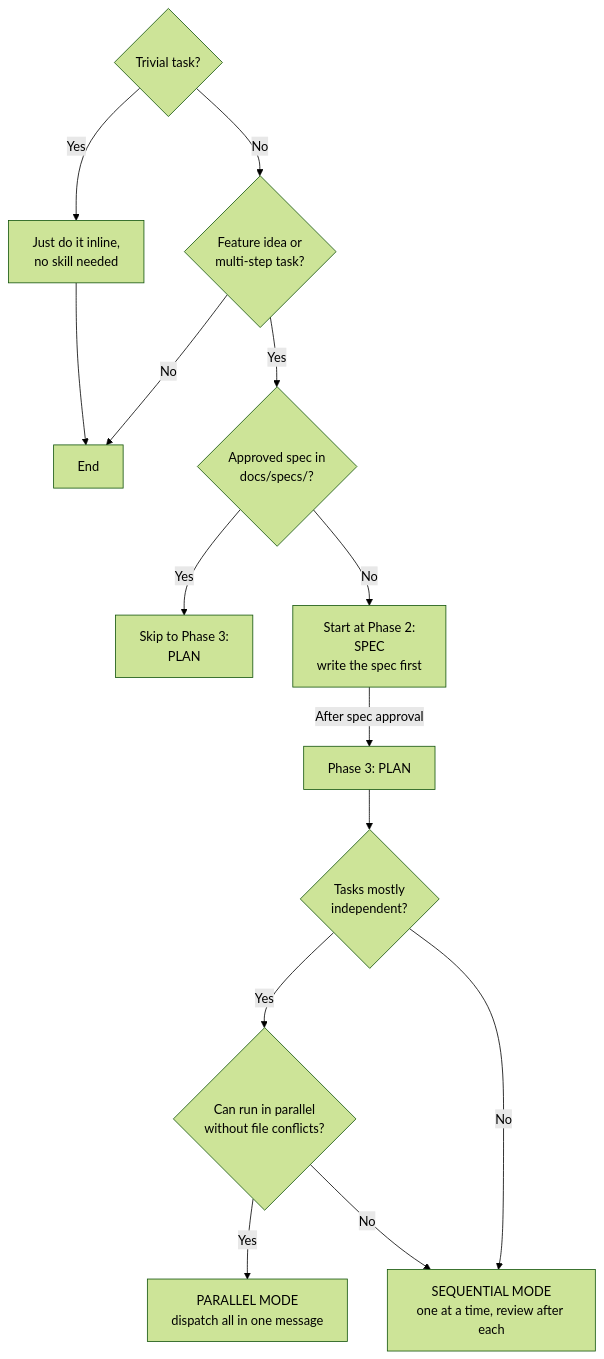
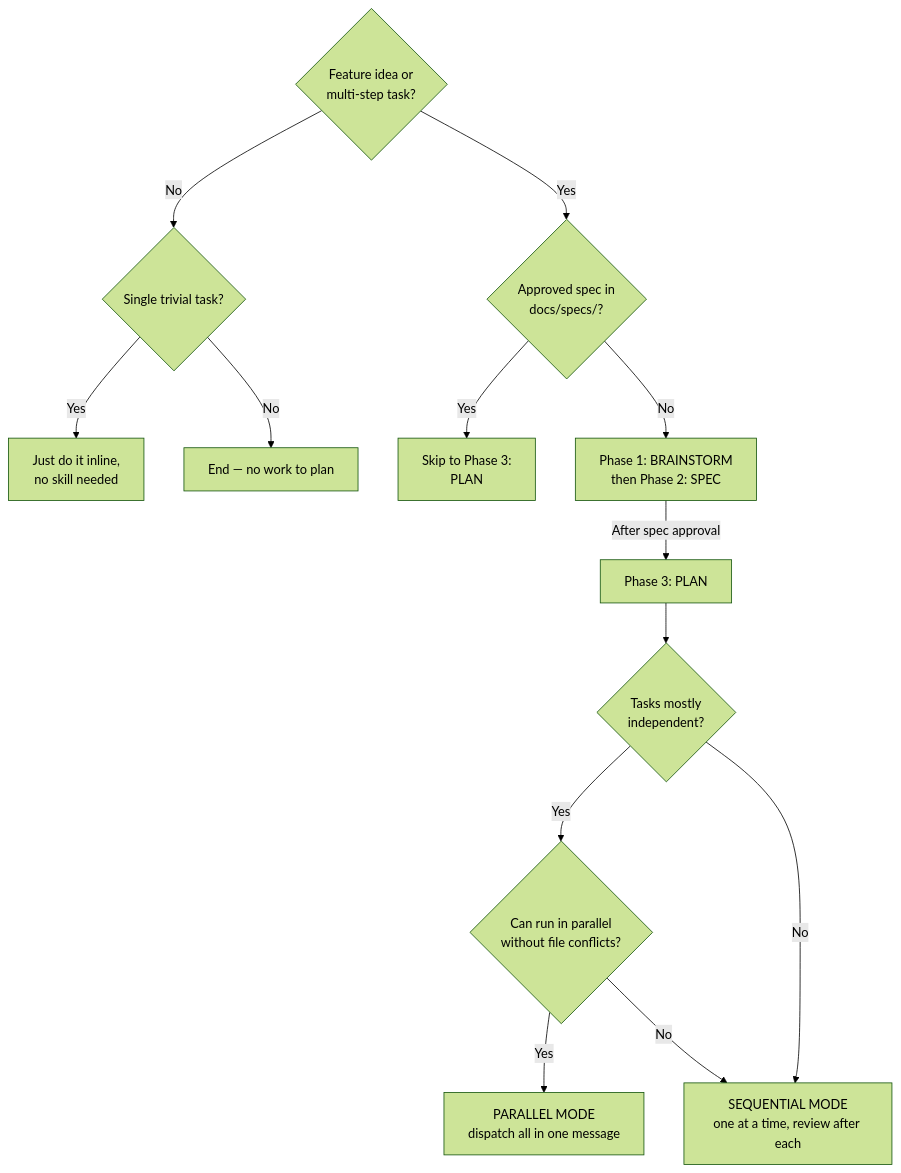
One commit to gugacarbo/agents-skills changed the first of 12 diagrams in super-planning/README.md. Above: the diagram before and after it, drawn with Mermaid (forest theme). The commit also changed other lines of this file and 10 other files, not shown here.

````diff
--- a/super-planning/README.md
+++ b/super-planning/README.md
@@ -9,17 +9,16 @@
 ```mermaid
 flowchart TD
-    A{Trivial task?} -->|Yes| B[Just do it inline,<br/>no skill needed]
-    B --> L[End]
-    A -->|No| C{Feature idea or<br/>multi-step task?}
-    C -->|No| L
-    C -->|Yes| D{Approved spec in<br/>docs/specs/?}
+    START{Feature idea or<br/>multi-step task?}
+    START -->|No| L{Single trivial task?}
+    L -->|Yes| L1[Just do it inline,<br/>no skill needed]
+    L -->|No| L2[End — no work to plan]
+    START -->|Yes| D{Approved spec in<br/>docs/specs/?}
     D -->|Yes| E[Skip to Phase 3:<br/>PLAN]
-    D -->|No| F[Start at Phase 2:<br/>SPEC<br/>write the spec first]
+    D -->|No| F[Phase 1: BRAINSTORM<br/>then Phase 2: SPEC]
     F -->|After spec approval| G[Phase 3: PLAN]
     G --> H{Tasks mostly<br/>independent?}
     H -->|Yes| I{Can run in parallel<br/>without file conflicts?}
     I -->|Yes| J[PARALLEL MODE<br/>dispatch all in one message]
     I -->|No| K[SEQUENTIAL MODE<br/>one at a time, review after each]
     H -->|No| K
-
 ```
````
